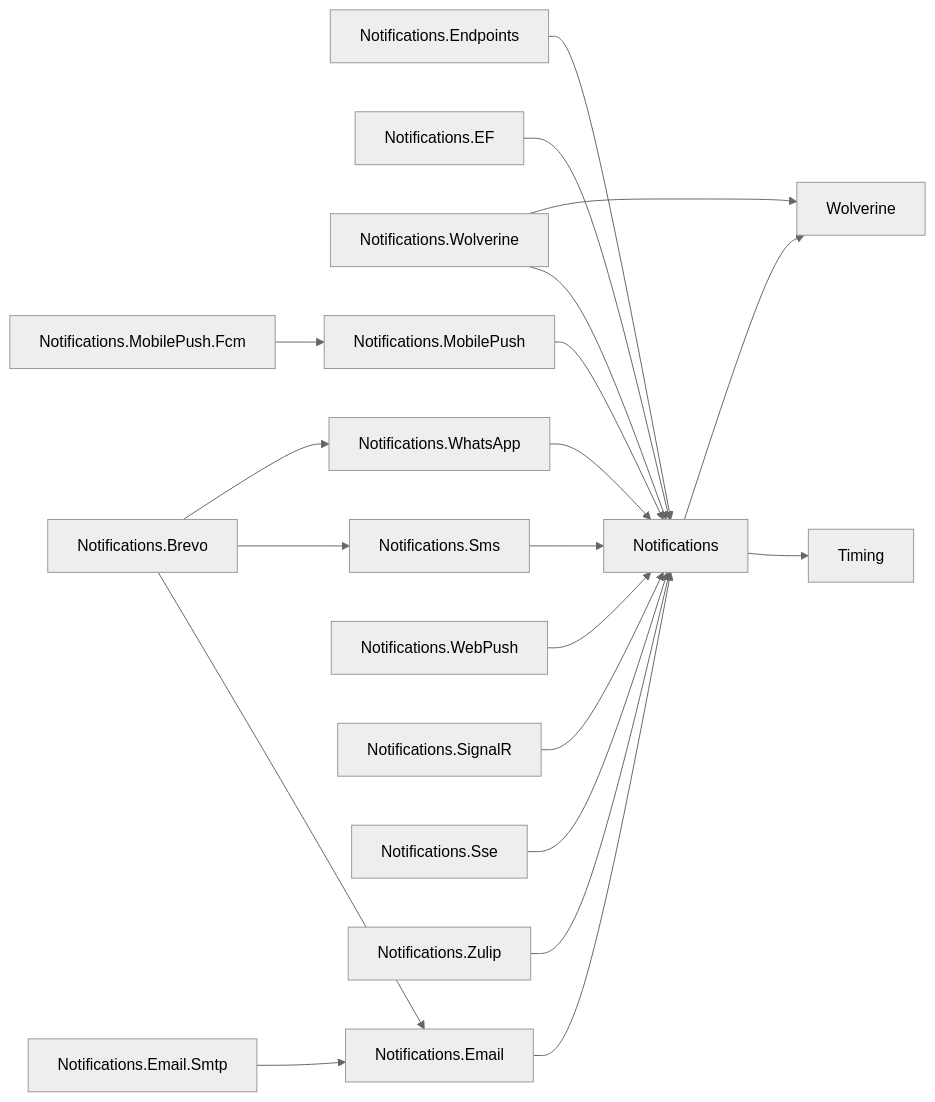
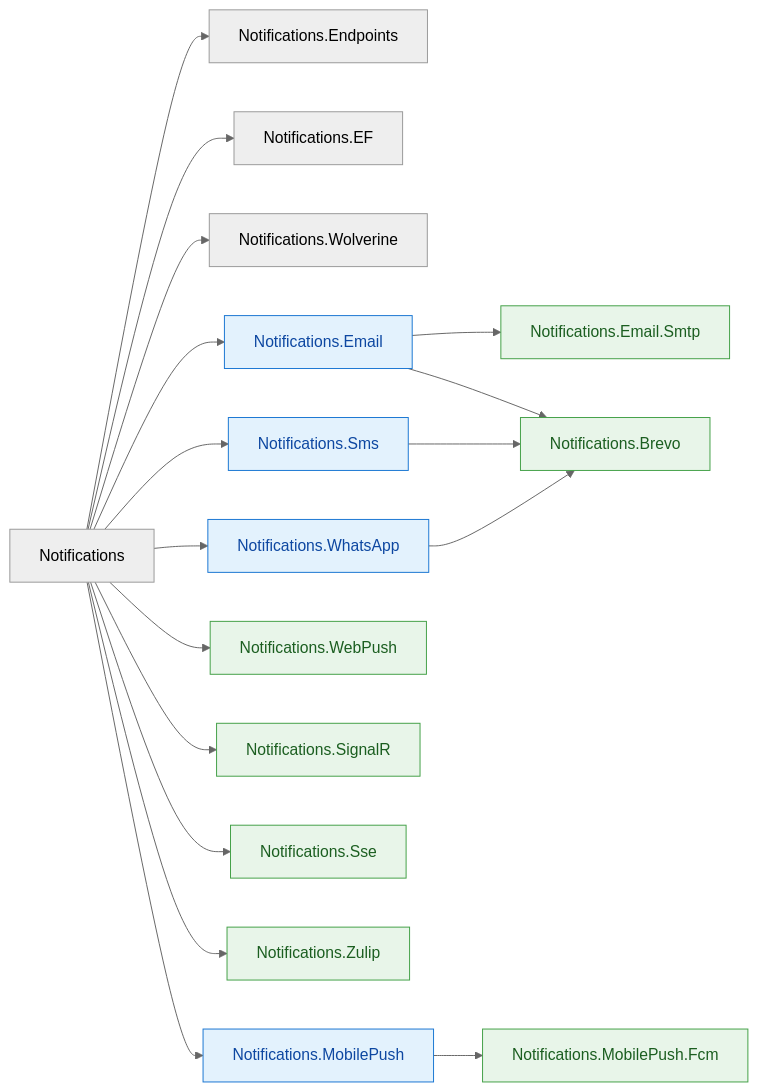
Before and after one commit to enraiz/granit-dotnet: the third of 5 diagrams in docs-site/src/content/docs/reference/dependency-graph.md, drawn with Mermaid (neutral theme). The commit also changed other lines of this file and 114 other files, not shown here.

````diff
--- a/docs-site/src/content/docs/reference/dependency-graph.md
+++ b/docs-site/src/content/docs/reference/dependency-graph.md
@@ -240,28 +289,36 @@
 ```mermaid
 flowchart LR
-    NOTIF["Notifications"] --> TIMING["Timing"]
-    NOTIF --> WOL["Wolverine"]
+    NOTIF["Notifications"] --> NOTIF_EP["Notifications.Endpoints"]
+    NOTIF --> NOTIF_EF["Notifications.EF"]
+    NOTIF --> NOTIF_WOL["Notifications.Wolverine"]
 
-    NOTIF_EP["Notifications.Endpoints"] --> NOTIF
-    NOTIF_EF["Notifications.EF"] --> NOTIF
+    NOTIF --> NOTIF_EMAIL["Notifications.Email"]
+    NOTIF_EMAIL --> NOTIF_SMTP["Notifications.Email.Smtp"]
 
-    NOTIF_WOL["Notifications.Wolverine"] --> NOTIF
-    NOTIF_WOL --> WOL
+    NOTIF --> NOTIF_SMS["Notifications.Sms"]
+    NOTIF --> NOTIF_WA["Notifications.WhatsApp"]
+    NOTIF --> NOTIF_PUSH["Notifications.WebPush"]
+    NOTIF --> NOTIF_SR["Notifications.SignalR"]
+    NOTIF --> NOTIF_SSE["Notifications.Sse"]
+    NOTIF --> NOTIF_ZULIP["Notifications.Zulip"]
 
-    NOTIF_EMAIL["Notifications.Email"] --> NOTIF
-    NOTIF_SMTP["Notifications.Email.Smtp"] --> NOTIF_EMAIL
+    NOTIF --> NOTIF_MP["Notifications.MobilePush"]
+    NOTIF_MP --> NOTIF_FCM["Notifications.MobilePush.Fcm"]
 
-    NOTIF_SMS["Notifications.Sms"] --> NOTIF
-    NOTIF_WA["Notifications.WhatsApp"] --> NOTIF
-    NOTIF_PUSH["Notifications.WebPush"] --> NOTIF
-    NOTIF_SR["Notifications.SignalR"] --> NOTIF
-    NOTIF_SSE["Notifications.Sse"] --> NOTIF
-    NOTIF_ZULIP["Notifications.Zulip"] --> NOTIF
+    NOTIF_EMAIL --> NOTIF_BREVO["Notifications.Brevo"]
+    NOTIF_SMS --> NOTIF_BREVO
+    NOTIF_WA --> NOTIF_BREVO
 
-    NOTIF_MP["Notifications.MobilePush"] --> NOTIF
-    NOTIF_FCM["Notifications.MobilePush.Fcm"] --> NOTIF_MP
+    style NOTIF_EMAIL fill:#e3f2fd,stroke:#1976d2,color:#0d47a1
+    style NOTIF_SMS fill:#e3f2fd,stroke:#1976d2,color:#0d47a1
+    style NOTIF_WA fill:#e3f2fd,stroke:#1976d2,color:#0d47a1
+    style NOTIF_MP fill:#e3f2fd,stroke:#1976d2,color:#0d47a1
 
-    NOTIF_BREVO["Notifications.Brevo"] --> NOTIF_EMAIL
-    NOTIF_BREVO --> NOTIF_SMS
-    NOTIF_BREVO --> NOTIF_WA
+    style NOTIF_SMTP fill:#e8f5e9,stroke:#43a047,color:#1b5e20
+    style NOTIF_BREVO fill:#e8f5e9,stroke:#43a047,color:#1b5e20
+    style NOTIF_SR fill:#e8f5e9,stroke:#43a047,color:#1b5e20
+    style NOTIF_SSE fill:#e8f5e9,stroke:#43a047,color:#1b5e20
+    style NOTIF_ZULIP fill:#e8f5e9,stroke:#43a047,color:#1b5e20
+    style NOTIF_PUSH fill:#e8f5e9,stroke:#43a047,color:#1b5e20
+    style NOTIF_FCM fill:#e8f5e9,stroke:#43a047,color:#1b5e20
 ```
````
